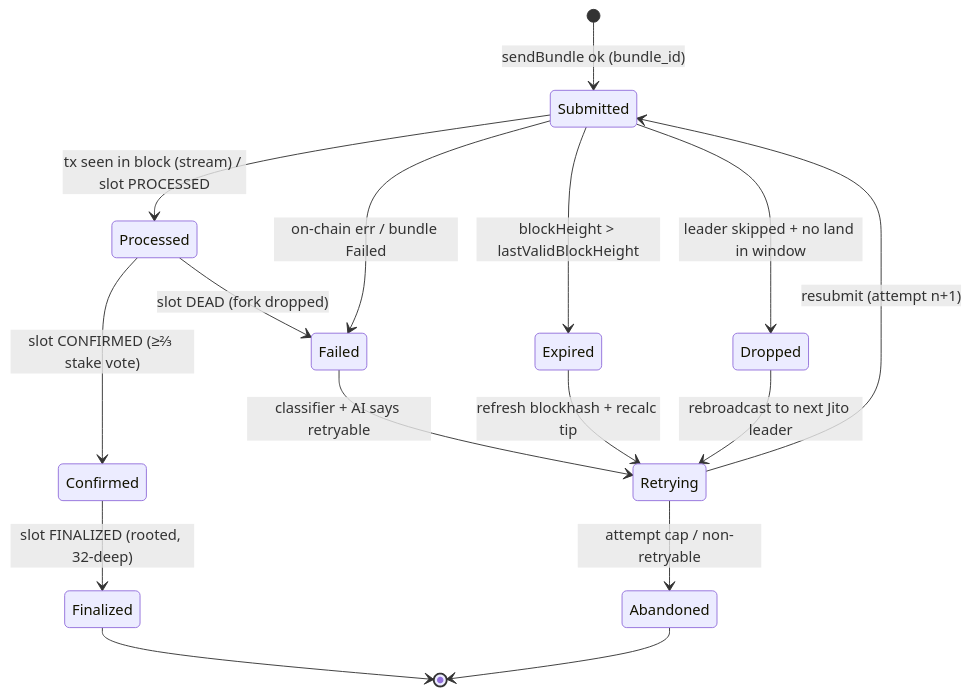
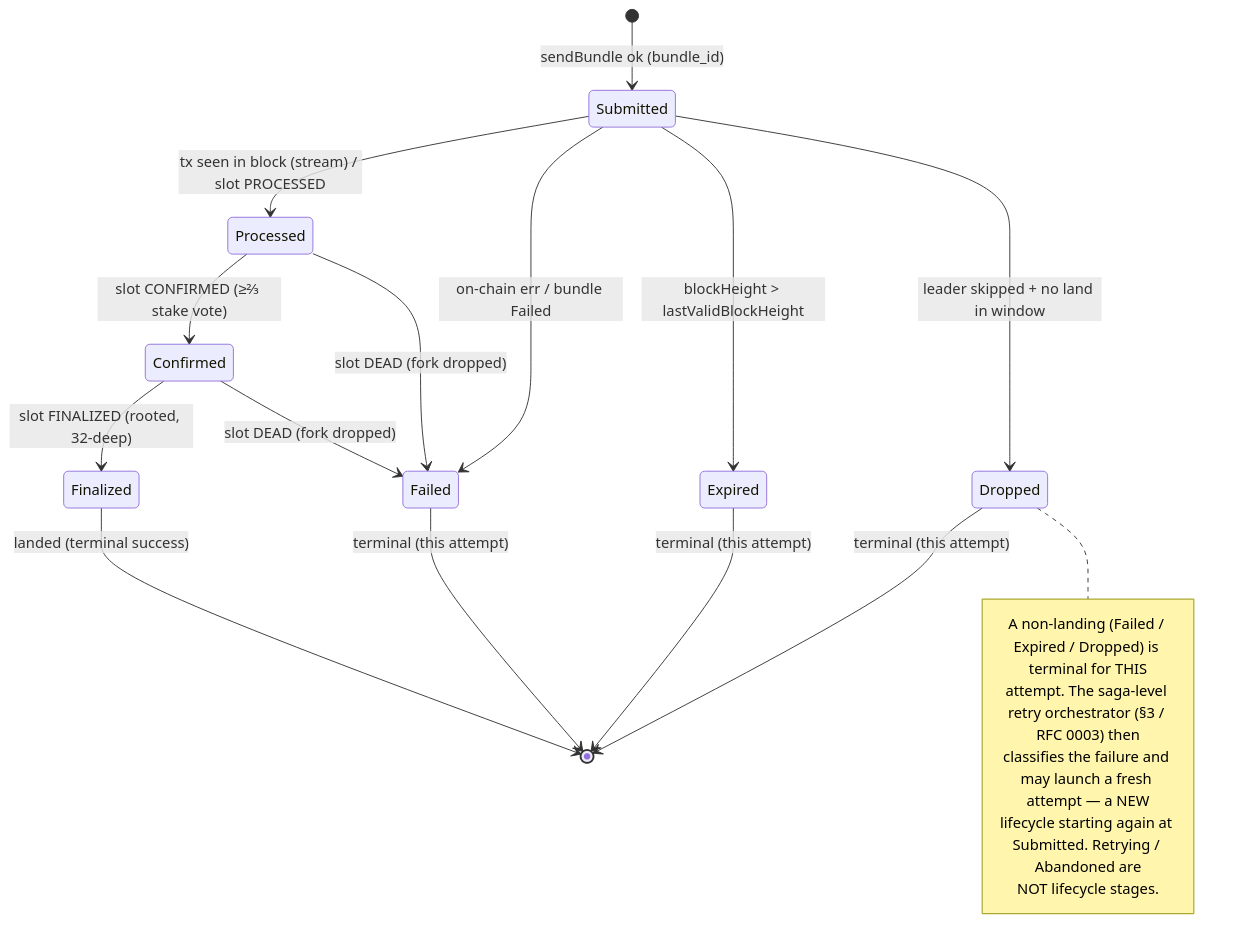
The second of 5 diagrams in docs/DIAGRAMS.md (Blessedbiello/PrometheonOS), drawn with Mermaid before and after one commit. The commit also changed other lines of this file and 17 other files, not shown here.

````diff
--- a/docs/DIAGRAMS.md
+++ b/docs/DIAGRAMS.md
@@ -75,20 +75,26 @@
 ```mermaid
 stateDiagram-v2
   [*] --> Submitted: sendBundle ok (bundle_id)
   Submitted --> Processed: tx seen in block (stream) / slot PROCESSED
   Processed --> Confirmed: slot CONFIRMED (≥⅔ stake vote)
   Confirmed --> Finalized: slot FINALIZED (rooted, 32-deep)
-  Finalized --> [*]
+  Finalized --> [*]: landed (terminal success)
 
   Submitted --> Failed: on-chain err / bundle Failed
   Processed --> Failed: slot DEAD (fork dropped)
+  Confirmed --> Failed: slot DEAD (fork dropped)
   Submitted --> Expired: blockHeight > lastValidBlockHeight
   Submitted --> Dropped: leader skipped + no land in window
 
-  Failed --> Retrying: classifier + AI says retryable
-  Expired --> Retrying: refresh blockhash + recalc tip
-  Dropped --> Retrying: rebroadcast to next Jito leader
-  Retrying --> Submitted: resubmit (attempt n+1)
-  Retrying --> Abandoned: attempt cap / non-retryable
-  Abandoned --> [*]
+  Failed --> [*]: terminal (this attempt)
+  Expired --> [*]: terminal (this attempt)
+  Dropped --> [*]: terminal (this attempt)
+
+  note right of Dropped
+    A non-landing (Failed / Expired / Dropped) is terminal for THIS
+    attempt. The saga-level retry orchestrator (§3 / RFC 0003) then
+    classifies the failure and may launch a fresh attempt — a NEW
+    lifecycle starting again at Submitted. Retrying / Abandoned are
+    NOT lifecycle stages.
+  end note
 ```
````
